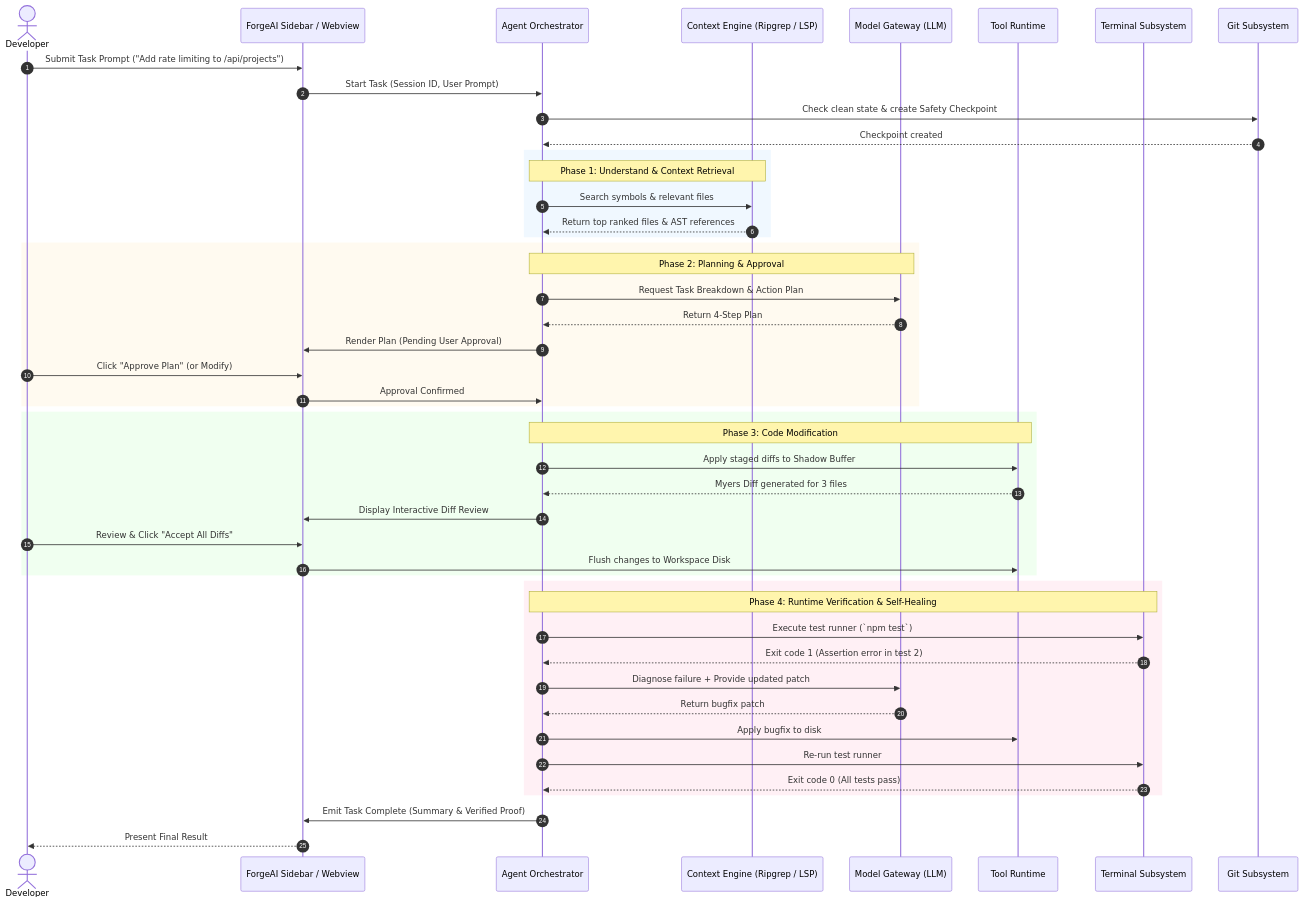
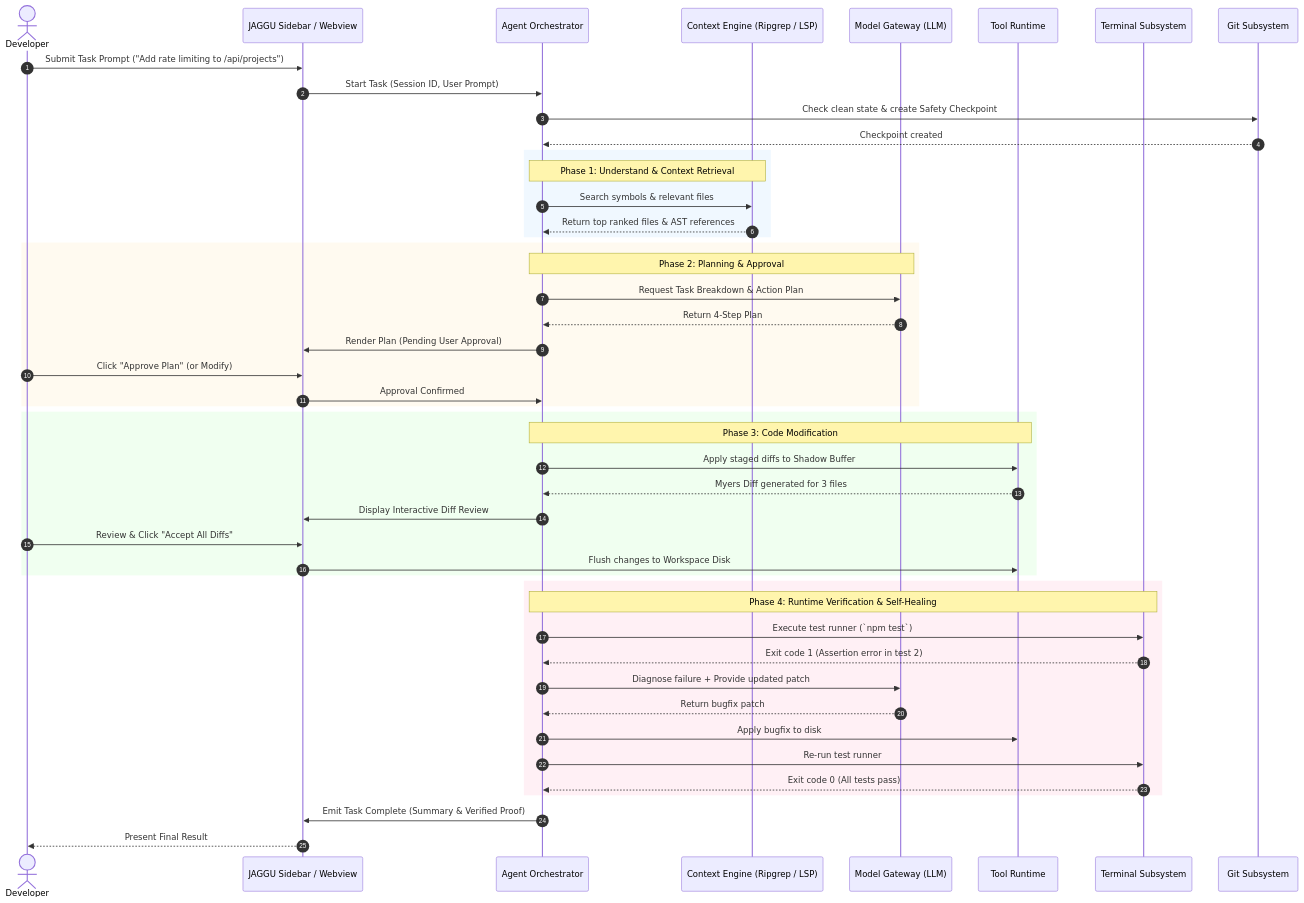
One commit to jaggureddy11/AI-Coding-Agent changed the diagram in docs/04-user-flows.md. Above: the diagram before and after it, drawn with Mermaid. The commit also changed other lines of this file and 39 other files, not shown here.

Commit message:
chore(branding): rename product and packages from ForgeAI to JAGGU

````diff
--- a/docs/04-user-flows.md
+++ b/docs/04-user-flows.md
@@ -13,55 +13,55 @@
 ```mermaid
 sequenceDiagram
     autonumber
     actor User as Developer
-    participant UI as ForgeAI Sidebar / Webview
+    participant UI as JAGGU Sidebar / Webview
     participant Orch as Agent Orchestrator
     participant Context as Context Engine (Ripgrep / LSP)
     participant Model as Model Gateway (LLM)
     participant Tools as Tool Runtime
     participant Term as Terminal Subsystem
     participant Git as Git Subsystem
 
     User->>UI: Submit Task Prompt ("Add rate limiting to /api/projects")
     UI->>Orch: Start Task (Session ID, User Prompt)
     Orch->>Git: Check clean state & create Safety Checkpoint
     Git-->>Orch: Checkpoint created
     
     rect rgb(240, 248, 255)
     Note over Orch,Context: Phase 1: Understand & Context Retrieval
     Orch->>Context: Search symbols & relevant files
     Context-->>Orch: Return top ranked files & AST references
     end
 
     rect rgb(255, 250, 240)
     Note over Orch,Model: Phase 2: Planning & Approval
     Orch->>Model: Request Task Breakdown & Action Plan
     Model-->>Orch: Return 4-Step Plan
     Orch->>UI: Render Plan (Pending User Approval)
     User->>UI: Click "Approve Plan" (or Modify)
     UI->>Orch: Approval Confirmed
     end
 
     rect rgb(240, 255, 240)
     Note over Orch,Tools: Phase 3: Code Modification
     Orch->>Tools: Apply staged diffs to Shadow Buffer
     Tools-->>Orch: Myers Diff generated for 3 files
     Orch->>UI: Display Interactive Diff Review
     User->>UI: Review & Click "Accept All Diffs"
     UI->>Tools: Flush changes to Workspace Disk
     end
 
     rect rgb(255, 240, 245)
     Note over Orch,Term: Phase 4: Runtime Verification & Self-Healing
     Orch->>Term: Execute test runner (`npm test`)
     Term-->>Orch: Exit code 1 (Assertion error in test 2)
     Orch->>Model: Diagnose failure + Provide updated patch
     Model-->>Orch: Return bugfix patch
     Orch->>Tools: Apply bugfix to disk
     Orch->>Term: Re-run test runner
     Term-->>Orch: Exit code 0 (All tests pass)
     end
 
     Orch->>UI: Emit Task Complete (Summary & Verified Proof)
     UI-->>User: Present Final Result
 ```
````
